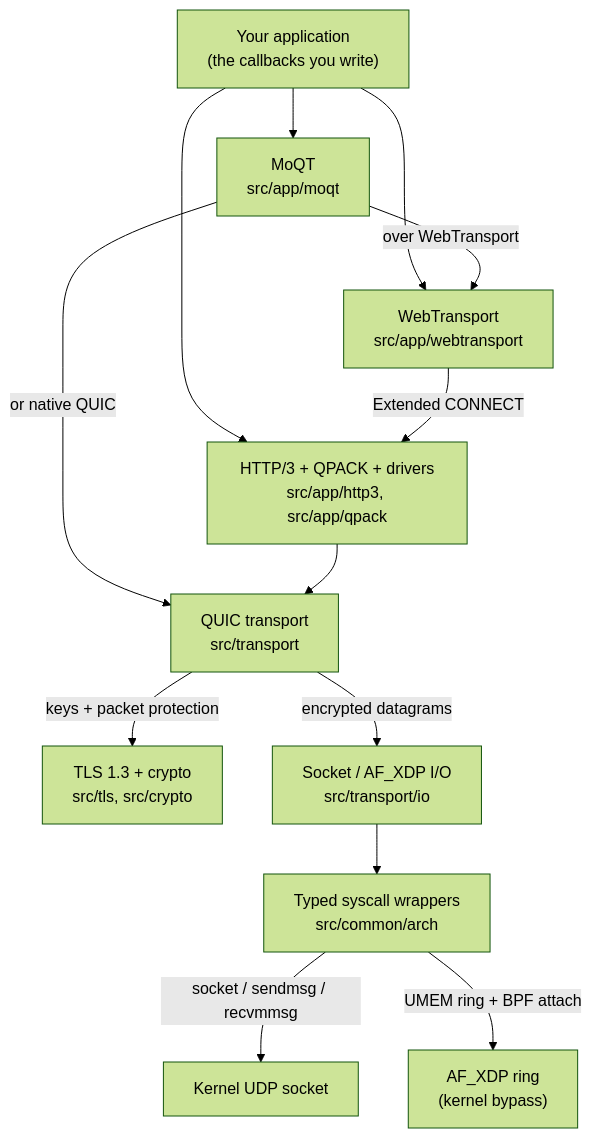
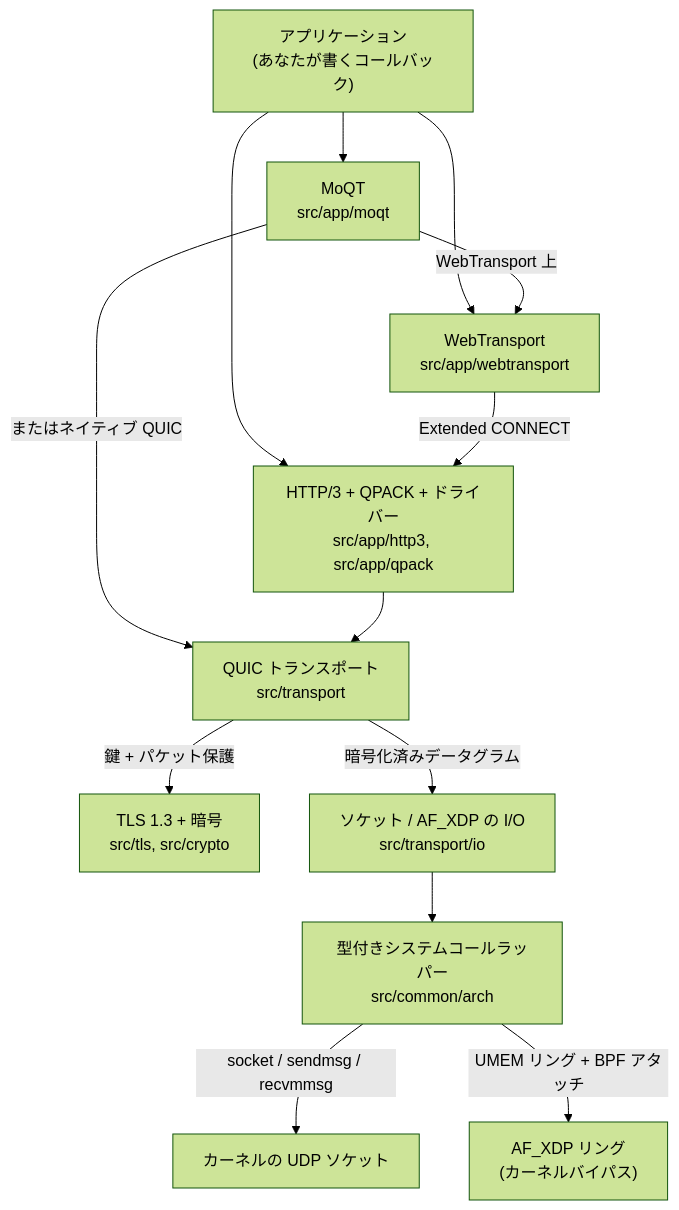
The diagram in README.md (Hakkadaikon/wired), drawn with Mermaid (forest theme) before and after one commit. The commit also changed other lines of this file and 1 other file, not shown here.

````diff
--- a/README.md
+++ b/README.md
@@ -163,25 +131,25 @@
 ```mermaid
 flowchart TD
-  app["Your application<br/>(the callbacks you write)"]
+  app["アプリケーション<br/>(あなたが書くコールバック)"]
   moqt["MoQT<br/>src/app/moqt"]
   wt["WebTransport<br/>src/app/webtransport"]
-  h3["HTTP/3 + QPACK + drivers<br/>src/app/http3, src/app/qpack"]
-  quic["QUIC transport<br/>src/transport"]
-  tls["TLS 1.3 + crypto<br/>src/tls, src/crypto"]
-  io["Socket / AF_XDP I/O<br/>src/transport/io"]
-  sys["Typed syscall wrappers<br/>src/common/arch"]
-  udp["Kernel UDP socket"]
-  xdp["AF_XDP ring<br/>(kernel bypass)"]
+  h3["HTTP/3 + QPACK + ドライバー<br/>src/app/http3, src/app/qpack"]
+  quic["QUIC トランスポート<br/>src/transport"]
+  tls["TLS 1.3 + 暗号<br/>src/tls, src/crypto"]
+  io["ソケット / AF_XDP の I/O<br/>src/transport/io"]
+  sys["型付きシステムコールラッパー<br/>src/common/arch"]
+  udp["カーネルの UDP ソケット"]
+  xdp["AF_XDP リング<br/>(カーネルバイパス)"]
   app --> moqt
   app --> wt
   app --> h3
-  moqt -->|"over WebTransport"| wt
-  moqt -->|"or native QUIC"| quic
+  moqt -->|"WebTransport 上"| wt
+  moqt -->|"またはネイティブ QUIC"| quic
   wt -->|"Extended CONNECT"| h3
   h3 --> quic
-  quic -->|"keys + packet protection"| tls
-  quic -->|"encrypted datagrams"| io
+  quic -->|"鍵 + パケット保護"| tls
+  quic -->|"暗号化済みデータグラム"| io
   io --> sys
   sys -->|"socket / sendmsg / recvmmsg"| udp
-  sys -->|"UMEM ring + BPF attach"| xdp
+  sys -->|"UMEM リング + BPF アタッチ"| xdp
 ```
````
